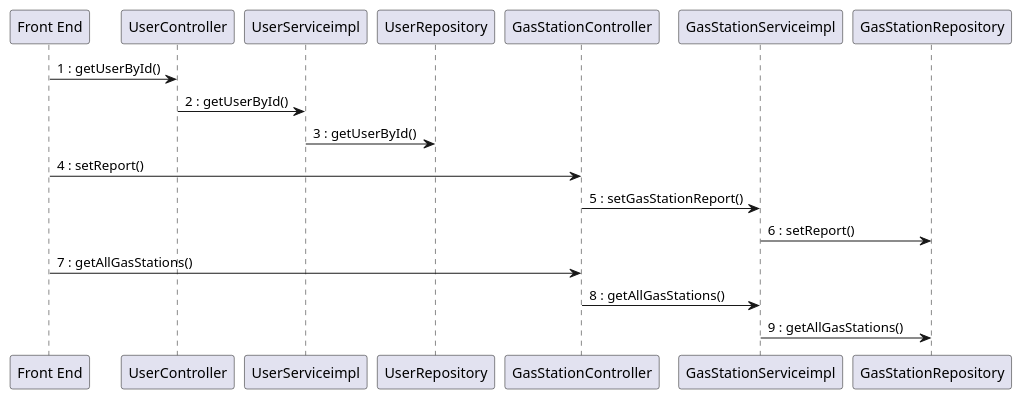
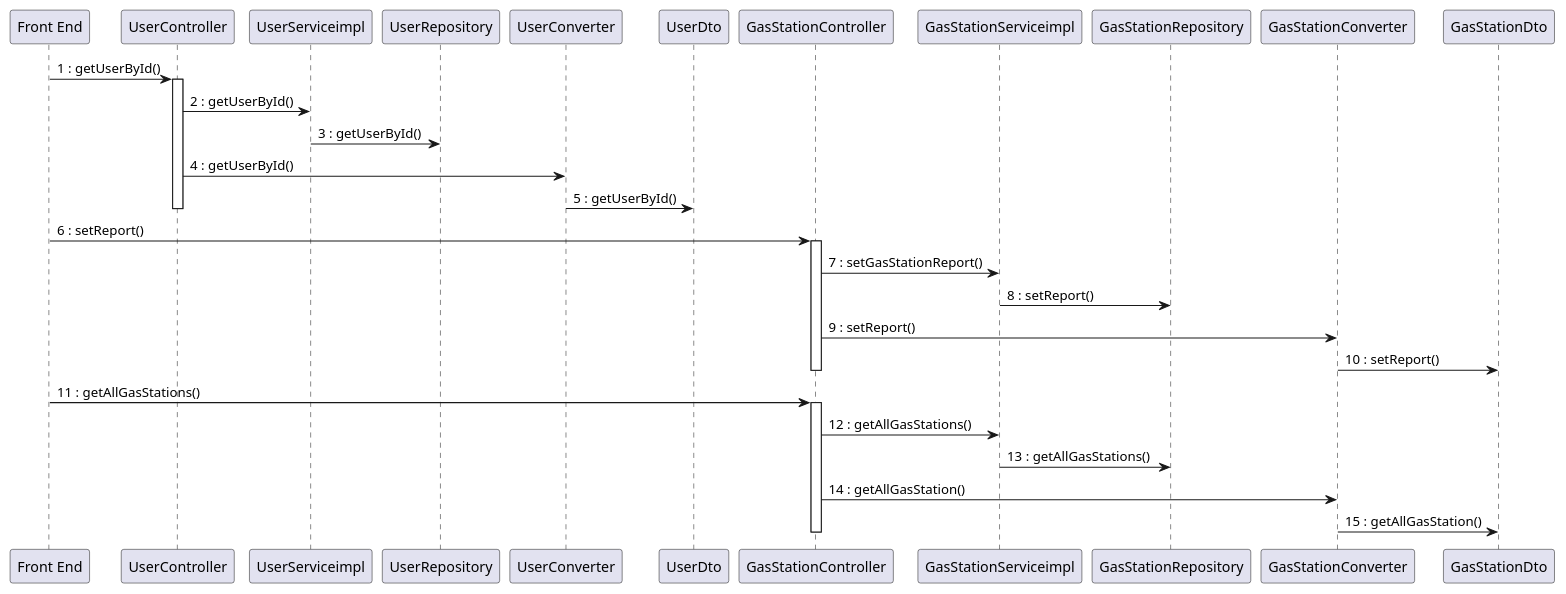
One commit to mosTavassoli/ezgas changed diagram 11 of 15 in docs/DesignDocument.md. Above: the diagram before and after it, drawn with PlantUML. The commit also changed other lines of this file, not shown here.

Commit message:
docs(DesignDocument): fix traceability matrix, improve sequence diagrams and fill class diagram classes with methods and attributes

````diff
--- a/docs/DesignDocument.md
+++ b/docs/DesignDocument.md
@@ -410,20 +602,36 @@
 ```plantuml
 "Front End" -> UserController:1 : getUserById()
+activate UserController
 
 UserController -> UserServiceimpl:2 : getUserById()
 
 UserServiceimpl -> UserRepository:3 : getUserById()
 
-"Front End" -> GasStationController:4 : setReport()
+UserController -> UserConverter:4 : getUserById()
 
-GasStationController -> GasStationServiceimpl:5 : setGasStationReport()
+UserConverter -> UserDto:5 : getUserById()
+deactivate UserController
 
-GasStationServiceimpl -> GasStationRepository:6 : setReport()
+"Front End" -> GasStationController:6 : setReport()
+activate GasStationController
+GasStationController -> GasStationServiceimpl:7 : setGasStationReport()
 
-"Front End" -> GasStationController:7 : getAllGasStations()
+GasStationServiceimpl -> GasStationRepository:8 : setReport()
 
-GasStationController -> GasStationServiceimpl:8 : getAllGasStations()
+GasStationController -> GasStationConverter:9 : setReport()
 
-GasStationServiceimpl -> GasStationRepository:9 : getAllGasStations()
+GasStationConverter -> GasStationDto:10 : setReport()
+deactivate GasStationController
+
+"Front End" -> GasStationController:11 : getAllGasStations()
+activate GasStationController
+GasStationController -> GasStationServiceimpl:12 : getAllGasStations()
+
+GasStationServiceimpl -> GasStationRepository:13 : getAllGasStations()
+
+GasStationController -> GasStationConverter:14 : getAllGasStation()
+
+GasStationConverter -> GasStationDto:15 : getAllGasStation()
+deactivate GasStationController
 
 ```
````
